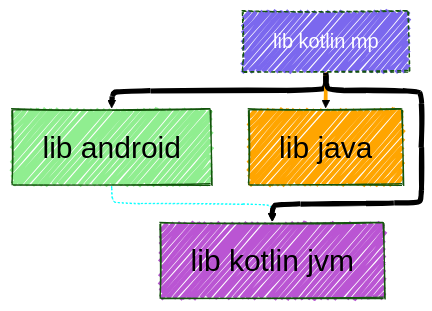
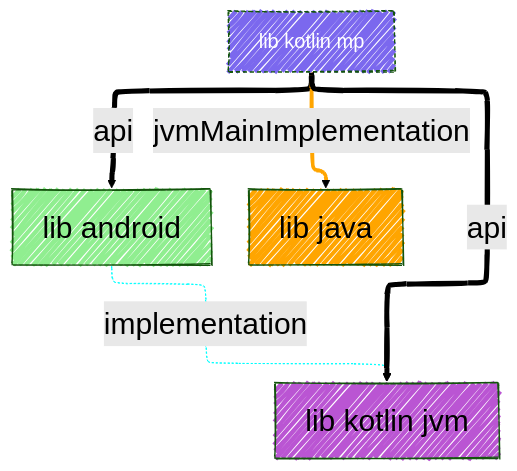
Before and after one commit to jonapoul/atlas: the diagram in samples/sample-mermaid/sample-lib-kotlin-mp/modular/chart.mmd, drawn with Mermaid. The commit also changed 35 other files, not shown here.

```diff
--- a/samples/sample-mermaid/sample-lib-kotlin-mp/modular/chart.mmd
+++ b/samples/sample-mermaid/sample-lib-kotlin-mp/modular/chart.mmd
@@ -1,38 +1,38 @@
 ---
 config:
   layout: elk
   look: handDrawn
   theme: forest
   elk:
     mergeEdges: true
     forceNodeModelOrder: true
     nodePlacementStrategy: LINEAR_SEGMENTS
     cycleBreakingStrategy: INTERACTIVE
     considerModelOrder: PREFER_EDGES
   themeVariables:
     background: #FFF
     fontFamily: arial
     lineColor: #55FF55
     primaryBorderColor: #FF5555
     primaryColor: #ABC123
     darkMode: true
     fontSize: 30px
     defaultLinkColor: #5555FF
 ---
 graph TD
   lib_android["lib android"]
   lib_java["lib java"]
   lib_kotlin_jvm["lib kotlin jvm"]
   lib_kotlin_mp["lib kotlin mp"]
   style lib_android fill:lightgreen,fillcolor:lightgreen
   style lib_java fill:orange,fillcolor:orange
   style lib_kotlin_jvm fill:mediumorchid,fillcolor:mediumorchid
   style lib_kotlin_mp fill:mediumslateblue,color:white,stroke-dasharray:4 3 2 1,font-size:20px,fillcolor:mediumslateblue
-  lib_android -.-> lib_kotlin_jvm
+  lib_android -.implementation.-> lib_kotlin_jvm
   linkStyle 0 stroke:aqua
-  lib_kotlin_mp --> lib_android
+  lib_kotlin_mp --api--> lib_android
   linkStyle 1 stroke-width:5px
-  lib_kotlin_mp ==> lib_java
+  lib_kotlin_mp ==jvmMainImplementation==> lib_java
   linkStyle 2 stroke:orange
-  lib_kotlin_mp --> lib_kotlin_jvm
+  lib_kotlin_mp --api--> lib_kotlin_jvm
   linkStyle 3 stroke-width:5px
```
